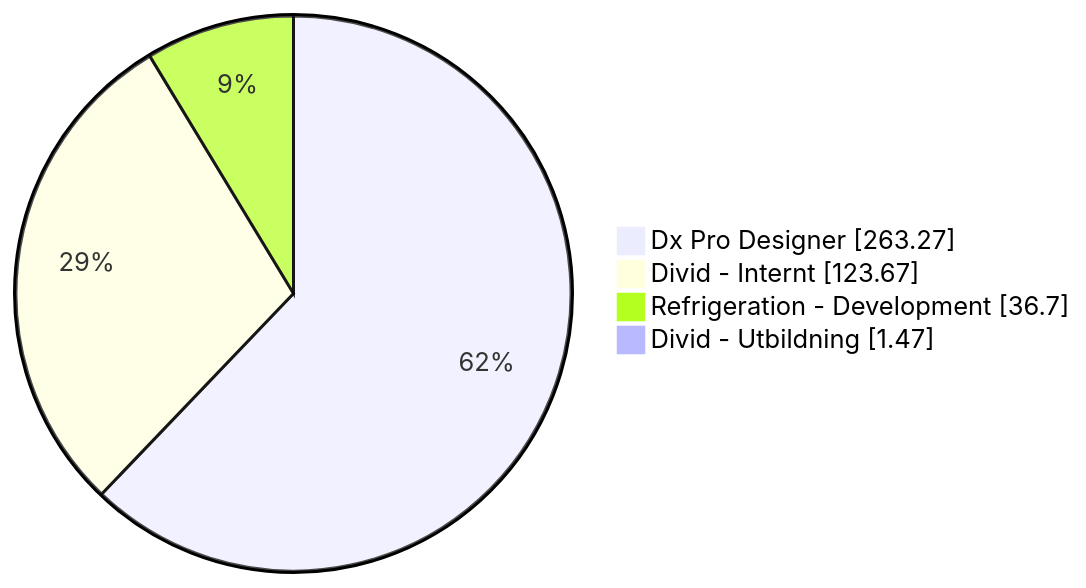
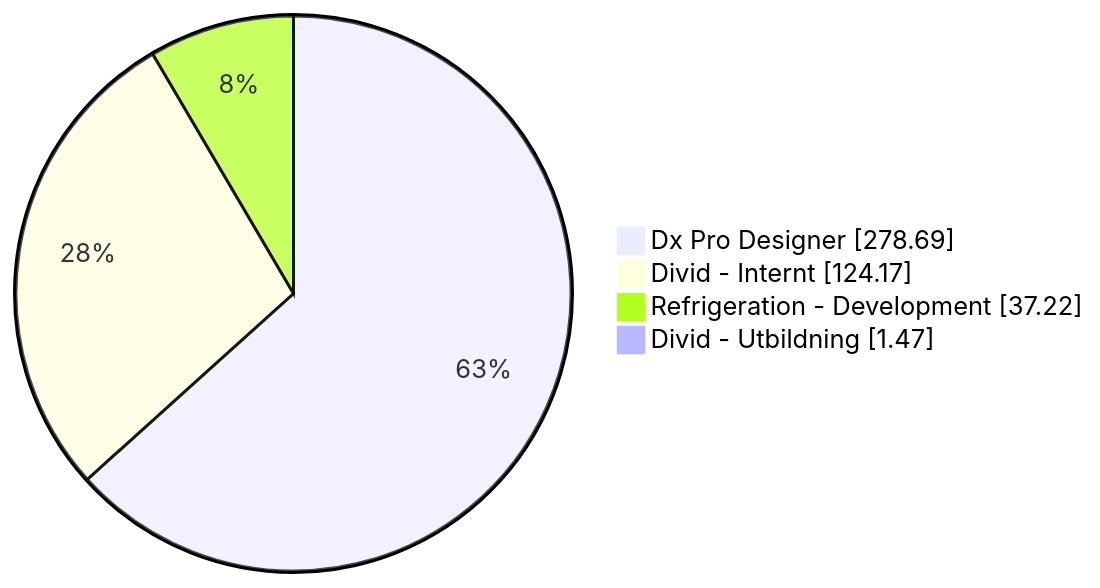
One commit to albinforsberg-netizen/timeclock changed the first of 5 diagrams in README.org. Above: the diagram before and after it, drawn with Mermaid. The commit also changed other lines of this file, not shown here.

```diff
--- a/README.org
+++ b/README.org
@@ -32,7 +32,7 @@
 #+begin_src mermaid
 pie showData
-    "Dx Pro Designer" : 263.27
-    "Divid - Internt" : 123.67
-    "Refrigeration - Development" : 36.70
+    "Dx Pro Designer" : 278.69
+    "Divid - Internt" : 124.17
+    "Refrigeration - Development" : 37.22
     "Divid - Utbildning" : 1.47
 #+end_src
```
